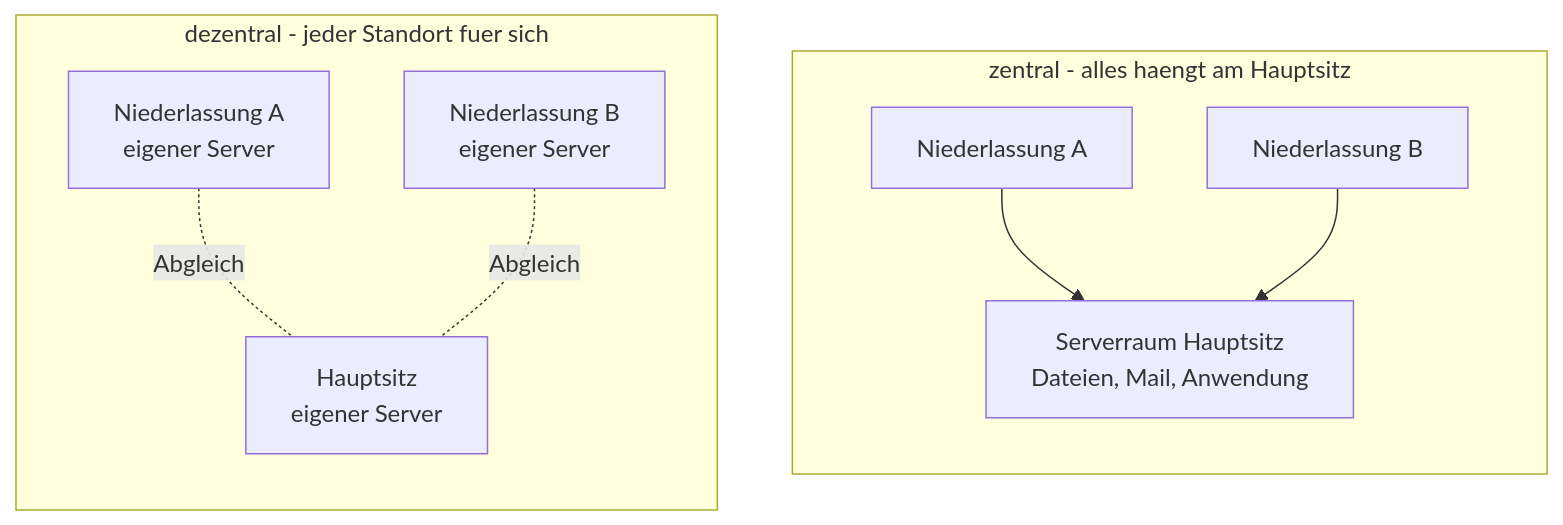
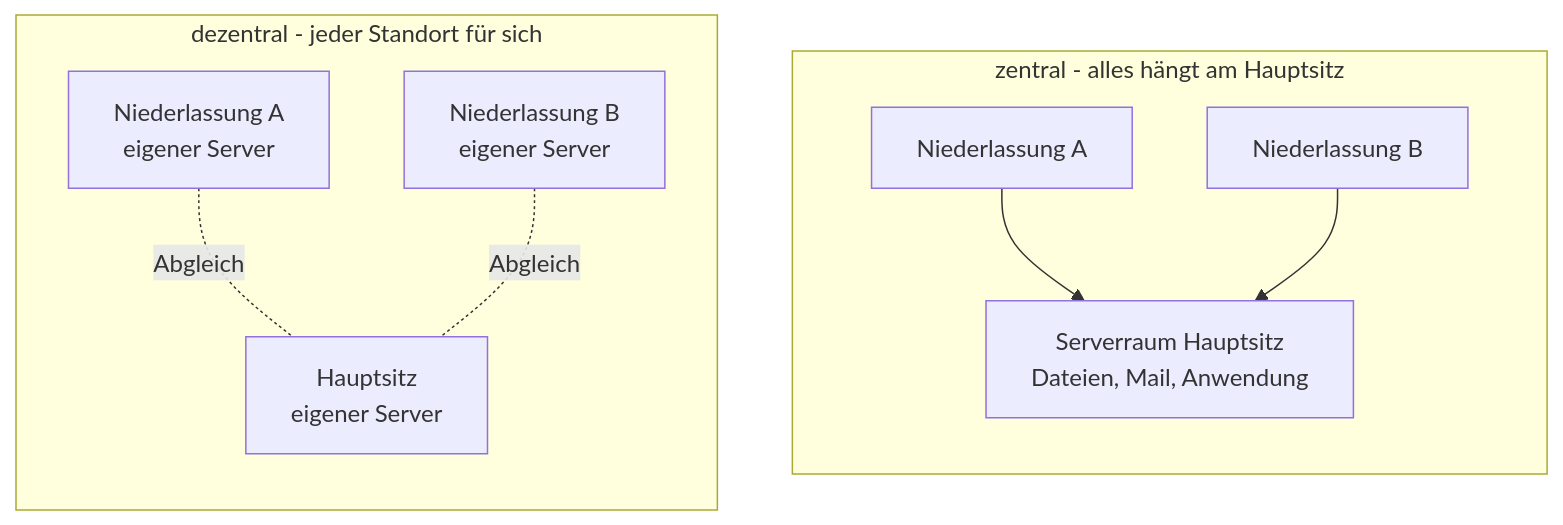
One commit to JacobMenge/kurs-unterlagen changed the first of 3 diagrams in docs/infrastruktur-planung/architekturen.md. Above: the diagram before and after it, drawn with Mermaid. The commit also changed 4 other files, not shown here.

Commit message:
Echte Umlaute in SVG-Beschriftungen und Mermaid-Labels statt ae/oe/ue

````diff
--- a/docs/infrastruktur-planung/architekturen.md
+++ b/docs/infrastruktur-planung/architekturen.md
@@ -33,16 +33,16 @@
 ```mermaid
 flowchart TB
-  subgraph Z["zentral - alles haengt am Hauptsitz"]
+  subgraph Z["zentral - alles hängt am Hauptsitz"]
     direction TB
     ZN1["Niederlassung A"] --> ZH["Serverraum Hauptsitz<br/>Dateien, Mail, Anwendung"]
     ZN2["Niederlassung B"] --> ZH
   end
-  subgraph DZ["dezentral - jeder Standort fuer sich"]
+  subgraph DZ["dezentral - jeder Standort für sich"]
     direction TB
     DH["Hauptsitz<br/>eigener Server"]
     DN1["Niederlassung A<br/>eigener Server"]
     DN2["Niederlassung B<br/>eigener Server"]
     DN1 -. "Abgleich" .- DH
     DN2 -. "Abgleich" .- DH
   end
 ```
````
